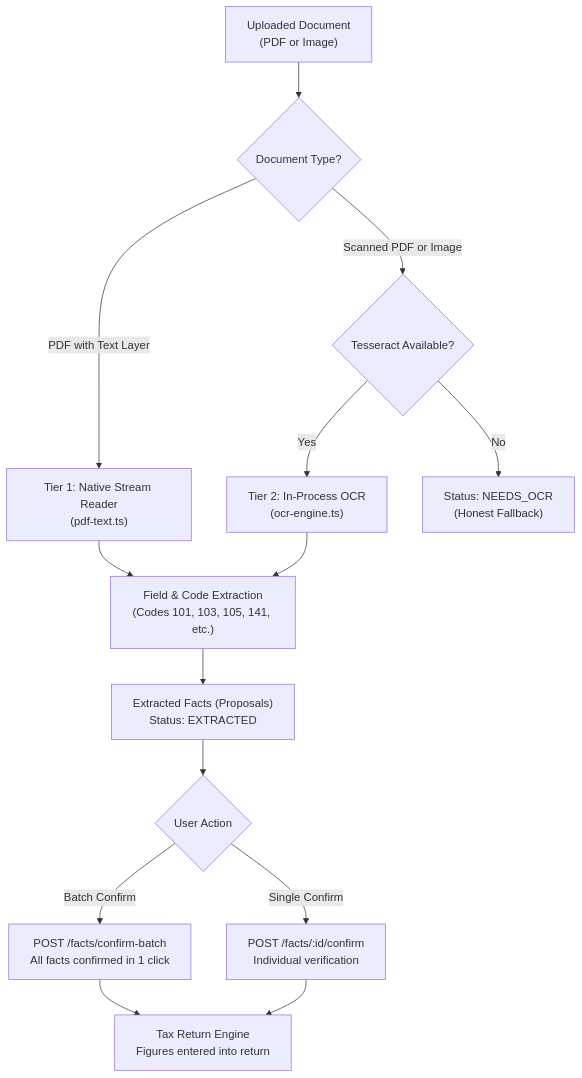
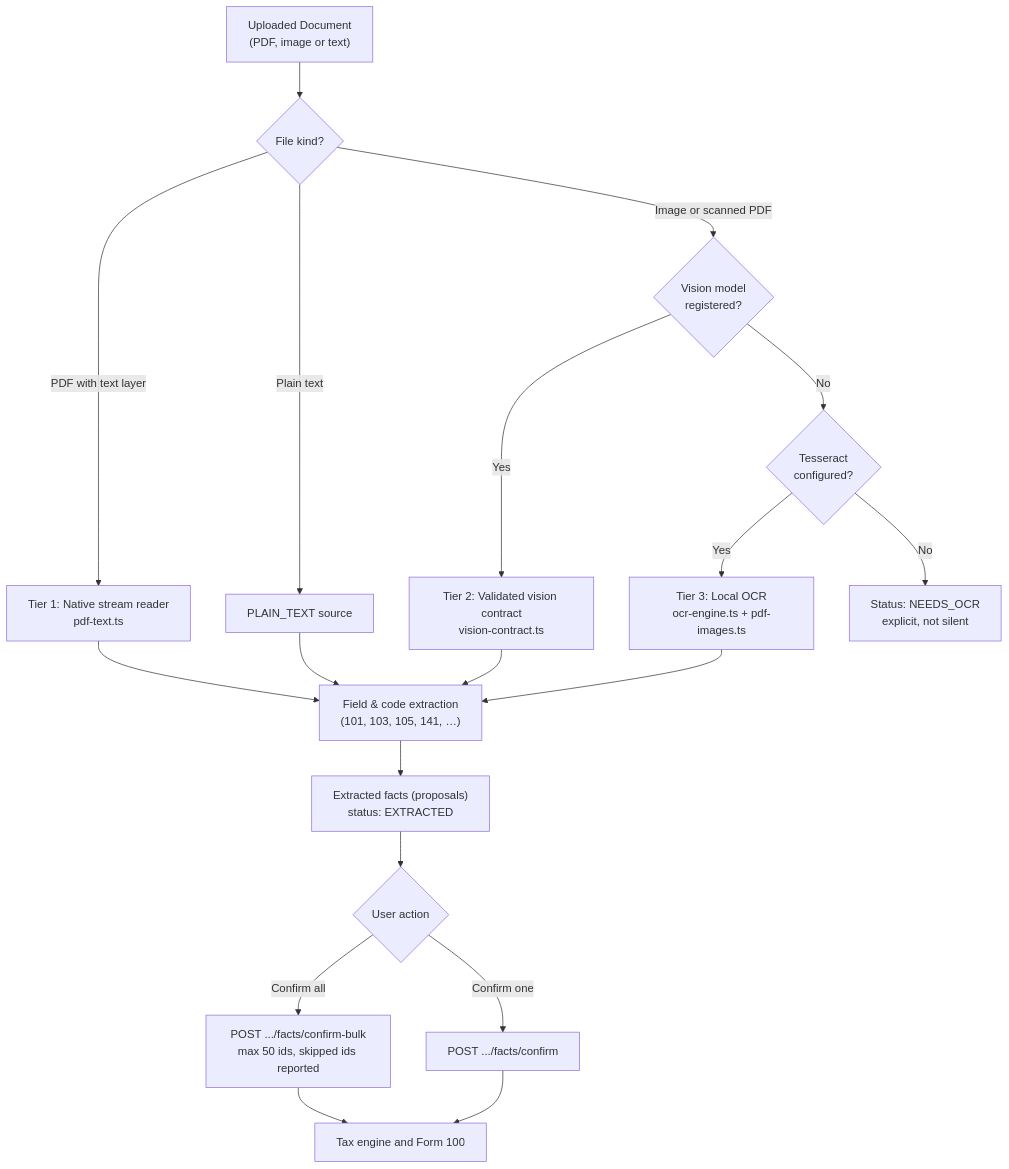
Before and after one commit to Luxembourg-AI-Tinkerers/Lux-Tax: the diagram in README.md, drawn with Mermaid. The commit also changed other lines of this file and 16 other files, not shown here.

````diff
--- a/README.md
+++ b/README.md
@@ -287,21 +329,26 @@
 ```mermaid
 flowchart TD
-    A["Uploaded Document<br/>(PDF or Image)"] --> B{"Document Type?"}
-    
-    B -->|"PDF with Text Layer"| C["Tier 1: Native Stream Reader<br/>(pdf-text.ts)"]
-    B -->|"Scanned PDF or Image"| D{"Tesseract Available?"}
-    
-    D -->|"Yes"| E["Tier 2: In-Process OCR<br/>(ocr-engine.ts)"]
-    D -->|"No"| F["Status: NEEDS_OCR<br/>(Honest Fallback)"]
-    
-    C --> G["Field & Code Extraction<br/>(Codes 101, 103, 105, 141, etc.)"]
-    E --> G
-    
-    G --> H["Extracted Facts (Proposals)<br/>Status: EXTRACTED"]
-    H --> I{"User Action"}
-    I -->|"Batch Confirm"| J["POST /facts/confirm-batch<br/>All facts confirmed in 1 click"]
-    I -->|"Single Confirm"| K["POST /facts/:id/confirm<br/>Individual verification"]
-    
-    J --> L["Tax Return Engine<br/>Figures entered into return"]
-    K --> L
+    A["Uploaded Document<br/>(PDF, image or text)"] --> B{"File kind?"}
+
+    B -->|"PDF with text layer"| C["Tier 1: Native stream reader<br/>pdf-text.ts"]
+    B -->|"Image or scanned PDF"| D{"Vision model<br/>registered?"}
+    B -->|"Plain text"| E["PLAIN_TEXT source"]
+
+    D -->|"Yes"| F["Tier 2: Validated vision contract<br/>vision-contract.ts"]
+    D -->|"No"| G{"Tesseract<br/>configured?"}
+
+    G -->|"Yes"| H["Tier 3: Local OCR<br/>ocr-engine.ts + pdf-images.ts"]
+    G -->|"No"| I["Status: NEEDS_OCR<br/>explicit, not silent"]
+
+    C --> J["Field & code extraction<br/>(101, 103, 105, 141, …)"]
+    E --> J
+    F --> J
+    H --> J
+
+    J --> K["Extracted facts (proposals)<br/>status: EXTRACTED"]
+    K --> L{"User action"}
+    L -->|"Confirm all"| M["POST .../facts/confirm-bulk<br/>max 50 ids, skipped ids reported"]
+    L -->|"Confirm one"| N["POST .../facts/confirm"]
+    M --> O["Tax engine and Form 100"]
+    N --> O
 ```
````
